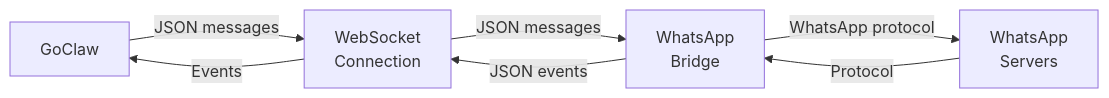
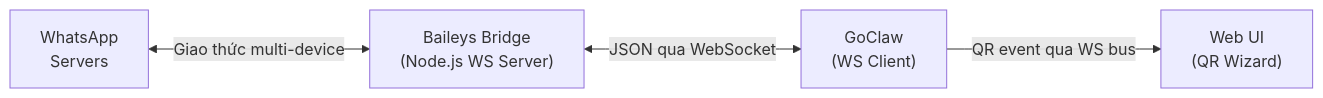
Before and after one commit to nextlevelbuilder/goclaw-docs: the diagram in vi/channels/whatsapp.md, drawn with Mermaid. The commit also changed other lines of this file and 5 other files, not shown here.

First line of the commit message:
docs(whatsapp): rewrite WhatsApp channel docs for Baileys bridge implementation

````diff
--- a/vi/channels/whatsapp.md
+++ b/vi/channels/whatsapp.md
@@ -60,14 +77,11 @@
 ```mermaid
 flowchart LR
-    GC["GoClaw"]
-    WS["WebSocket<br/>Connection"]
-    BRIDGE["WhatsApp<br/>Bridge"]
     WA["WhatsApp<br/>Servers"]
+    BRIDGE["Baileys Bridge<br/>(Node.js WS Server)"]
+    GC["GoClaw<br/>(WS Client)"]
+    UI["Web UI<br/>(QR Wizard)"]
 
-    GC -->|"JSON messages"| WS
-    WS -->|"JSON messages"| BRIDGE
-    BRIDGE -->|"WhatsApp protocol"| WA
-    WA -->|"Protocol"| BRIDGE
-    BRIDGE -->|"JSON events"| WS
-    WS -->|"Events"| GC
+    WA <-->|"Giao thức multi-device"| BRIDGE
+    BRIDGE <-->|"JSON qua WebSocket"| GC
+    GC -->|"QR event qua WS bus"| UI
 ```
````
